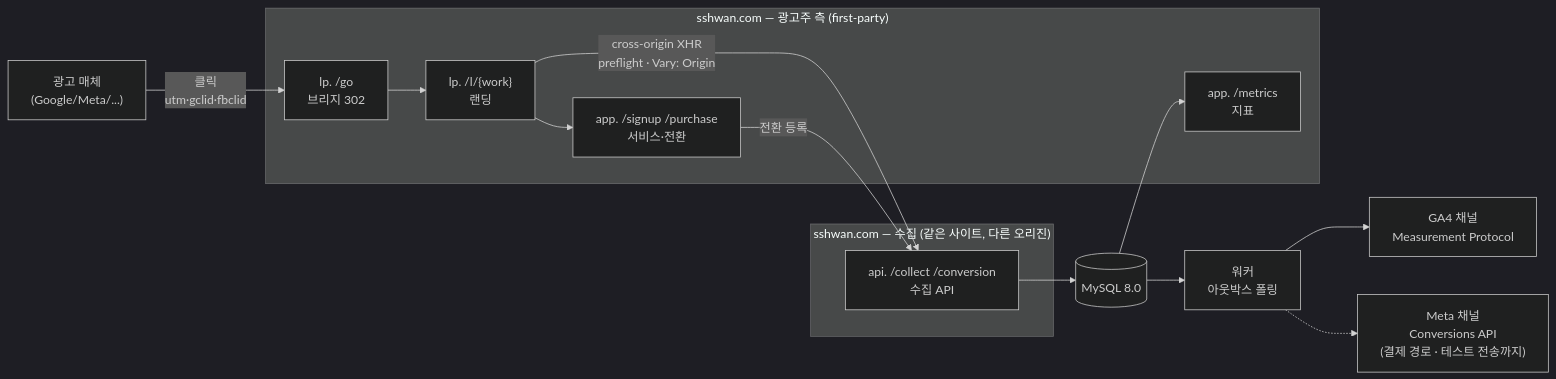
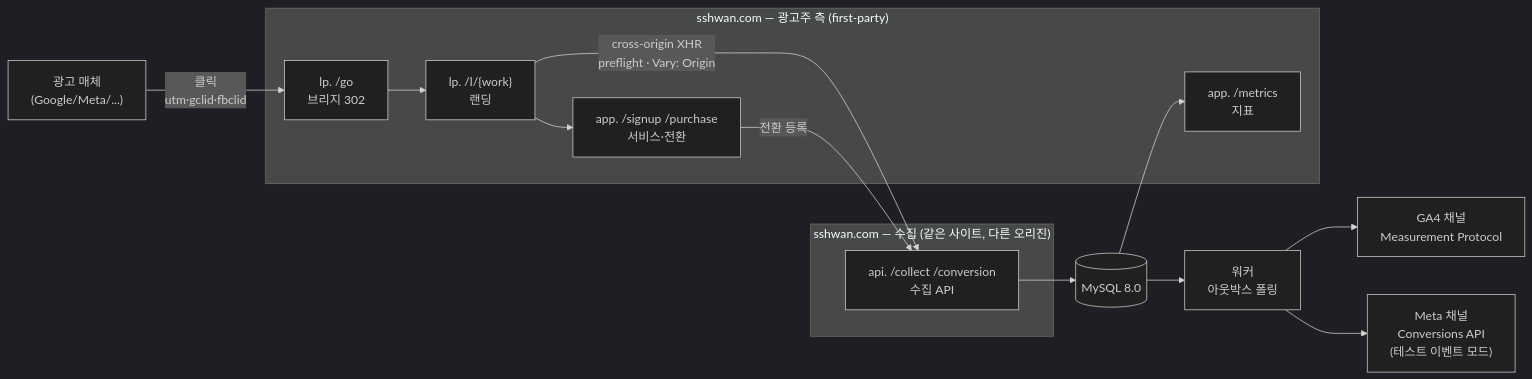
The first of 5 diagrams in docs/architecture.md (http1220/touchpoint), drawn with Mermaid (dark theme) before and after one commit. The commit also changed 4 other files, not shown here.

````diff
--- a/docs/architecture.md
+++ b/docs/architecture.md
@@ -10,25 +10,25 @@
 ```mermaid
 flowchart LR
     AD["광고 매체<br/>(Google/Meta/...)"] -->|"클릭<br/>utm·gclid·fbclid"| BR
 
     subgraph SHOP["sshwan.com — 광고주 측 (first-party)"]
         BR["lp. /go<br/>브리지 302"]
         LP["lp. /l/{work}<br/>랜딩"]
         APP["app. /signup /purchase<br/>서비스·전환"]
         MET["app. /metrics<br/>지표"]
     end
 
     subgraph TRACK["sshwan.com — 수집 (같은 사이트, 다른 오리진)"]
         API["api. /collect /conversion<br/>수집 API"]
     end
 
     BR --> LP
     LP -->|"cross-origin XHR<br/>preflight · Vary: Origin"| API
     LP --> APP
     APP -->|"전환 등록"| API
     API --> DB[("MySQL 8.0")]
     DB --> W["워커<br/>아웃박스 폴링"]
     W --> GA["GA4 채널<br/>Measurement Protocol"]
-    W -.-> META["Meta 채널<br/>Conversions API<br/>(결제 경로 · 테스트 전송까지)"]
+    W --> META["Meta 채널<br/>Conversions API<br/>(테스트 이벤트 모드)"]
     DB --> MET
 ```
````
